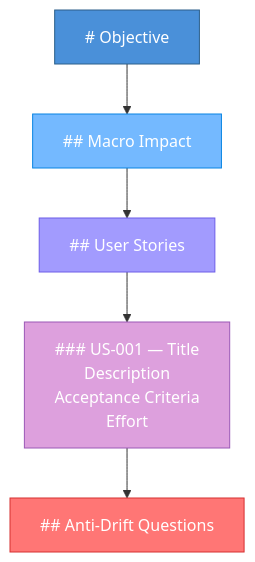
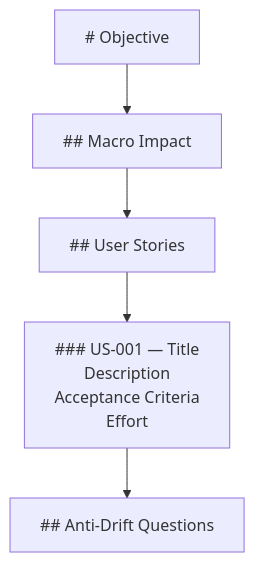
One commit to darthlinuxer/dialectic-crew-ai changed the second of 3 diagrams in docs/export.md. Above: the diagram before and after it, drawn with Mermaid. The commit also changed other lines of this file and 20 other files, not shown here.

````diff
--- a/docs/export.md
+++ b/docs/export.md
@@ -98,13 +92,7 @@
 ```mermaid
 graph TD
     A["# Objective"] --> B["## Macro Impact"]
     B --> C["## User Stories"]
     C --> D["### US-001 — Title<br/>Description<br/>Acceptance Criteria<br/>Effort"]
     D --> E["## Anti-Drift Questions"]
-
-    style A fill:#4A90D9,stroke:#2C5F8A,color:#fff
-    style B fill:#74B9FF,stroke:#0984E3,color:#fff
-    style C fill:#A29BFE,stroke:#6C5CE7,color:#fff
-    style D fill:#DDA0DD,stroke:#9B59B6,color:#fff
-    style E fill:#FF7675,stroke:#D63031,color:#fff
 ```
````
